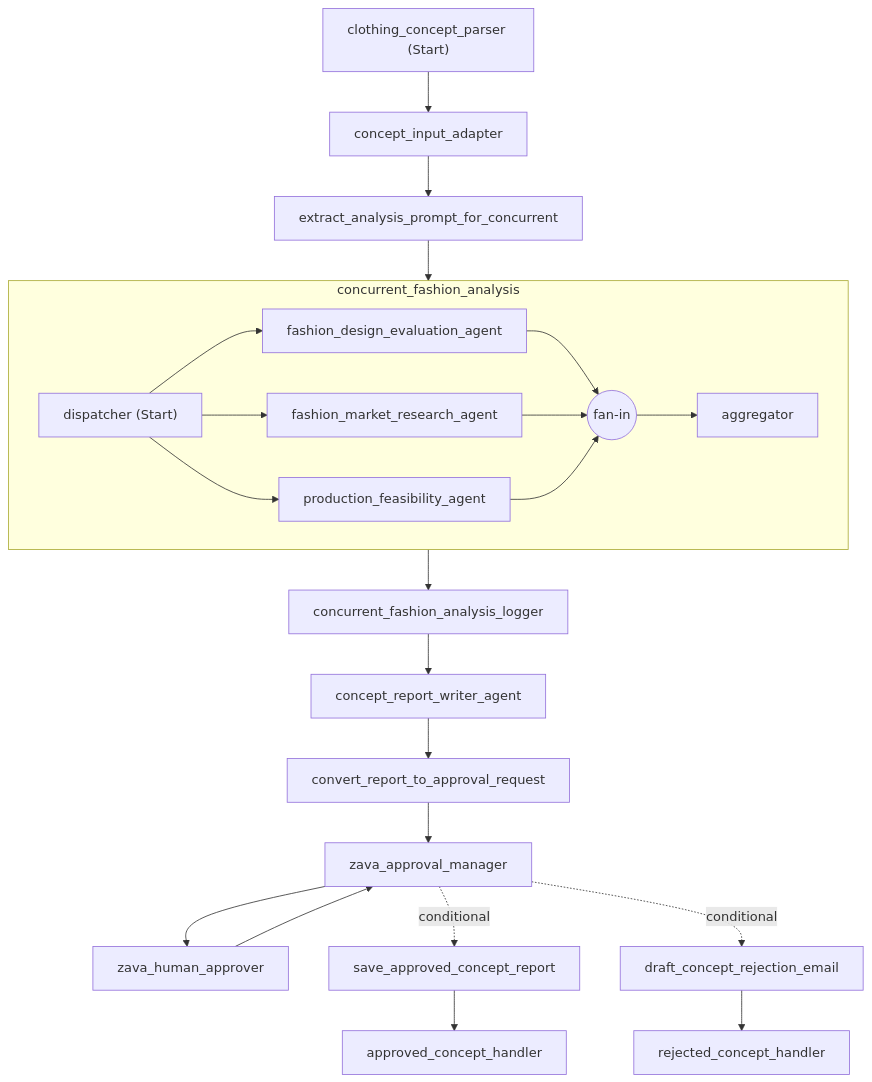
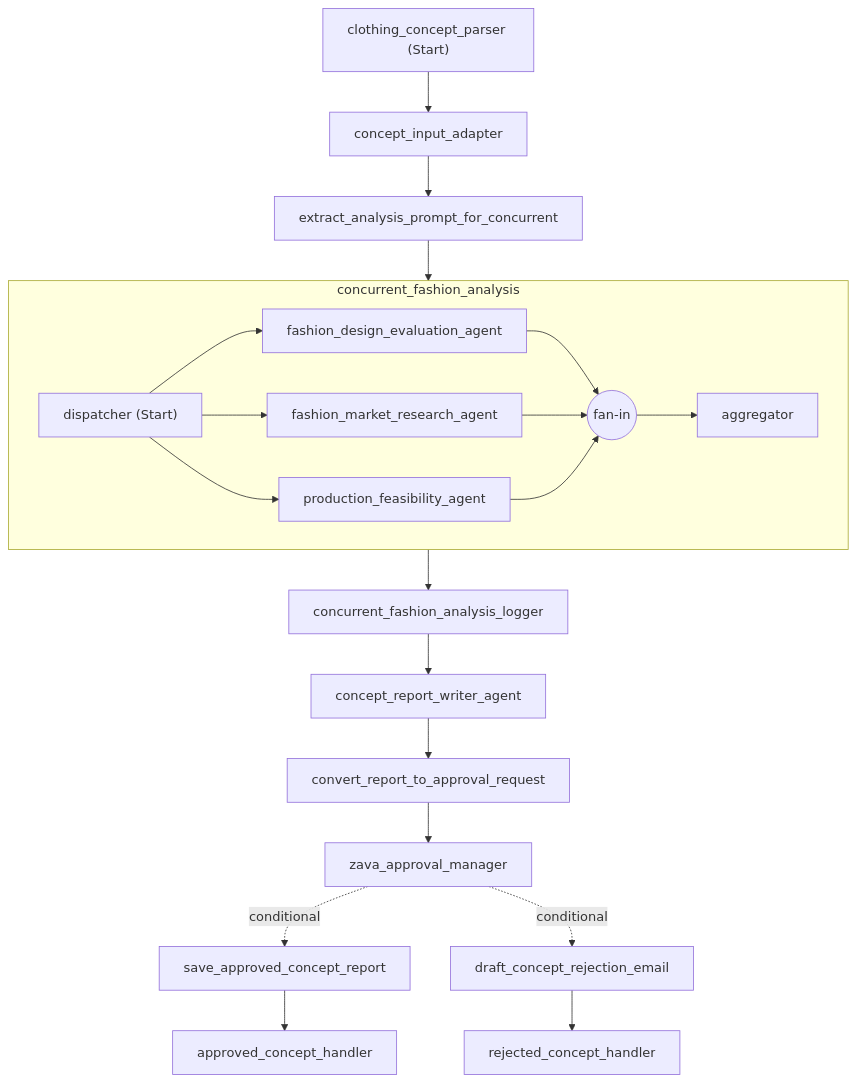
Before and after one commit to ChangJu-Ahn/zava-agent-framework-kr: the diagram in README.md, drawn with Mermaid. The commit also changed other lines of this file and 5 other files, not shown here.

````diff
--- a/README.md
+++ b/README.md
@@ -133,44 +130,41 @@
 ```mermaid
 flowchart TD
   clothing_concept_parser["clothing_concept_parser (Start)"];
   concept_input_adapter["concept_input_adapter"];
   extract_analysis_prompt_for_concurrent["extract_analysis_prompt_for_concurrent"];
   concurrent_fashion_analysis["concurrent_fashion_analysis"];
   concurrent_fashion_analysis_logger["concurrent_fashion_analysis_logger"];
   concept_report_writer_agent["concept_report_writer_agent"];
   convert_report_to_approval_request["convert_report_to_approval_request"];
   zava_approval_manager["zava_approval_manager"];
-  zava_human_approver["zava_human_approver"];
   save_approved_concept_report["save_approved_concept_report"];
   draft_concept_rejection_email["draft_concept_rejection_email"];
   approved_concept_handler["approved_concept_handler"];
   rejected_concept_handler["rejected_concept_handler"];
   clothing_concept_parser --> concept_input_adapter;
   concept_input_adapter --> extract_analysis_prompt_for_concurrent;
   extract_analysis_prompt_for_concurrent --> concurrent_fashion_analysis;
   concurrent_fashion_analysis --> concurrent_fashion_analysis_logger;
   concurrent_fashion_analysis_logger --> concept_report_writer_agent;
   concept_report_writer_agent --> convert_report_to_approval_request;
   convert_report_to_approval_request --> zava_approval_manager;
-  zava_approval_manager --> zava_human_approver;
-  zava_human_approver --> zava_approval_manager;
   zava_approval_manager -. conditional .-> save_approved_concept_report;
   zava_approval_manager -. conditional .-> draft_concept_rejection_email;
   save_approved_concept_report --> approved_concept_handler;
   draft_concept_rejection_email --> rejected_concept_handler;
   subgraph concurrent_fashion_analysis
     concurrent_fashion_analysis__dispatcher["dispatcher (Start)"];
     concurrent_fashion_analysis__fashion_market_research_agent["fashion_market_research_agent"];
     concurrent_fashion_analysis__fashion_design_evaluation_agent["fashion_design_evaluation_agent"];
     concurrent_fashion_analysis__production_feasibility_agent["production_feasibility_agent"];
     concurrent_fashion_analysis__aggregator["aggregator"];
     fan_in__concurrent_fashion_analysis__aggregator__b1158146((fan-in))
     concurrent_fashion_analysis__fashion_design_evaluation_agent --> fan_in__concurrent_fashion_analysis__aggregator__b1158146;
     concurrent_fashion_analysis__fashion_market_research_agent --> fan_in__concurrent_fashion_analysis__aggregator__b1158146;
     concurrent_fashion_analysis__production_feasibility_agent --> fan_in__concurrent_fashion_analysis__aggregator__b1158146;
     fan_in__concurrent_fashion_analysis__aggregator__b1158146 --> concurrent_fashion_analysis__aggregator;
     concurrent_fashion_analysis__dispatcher --> concurrent_fashion_analysis__fashion_market_research_agent;
     concurrent_fashion_analysis__dispatcher --> concurrent_fashion_analysis__fashion_design_evaluation_agent;
     concurrent_fashion_analysis__dispatcher --> concurrent_fashion_analysis__production_feasibility_agent;
   end
 ```
````
